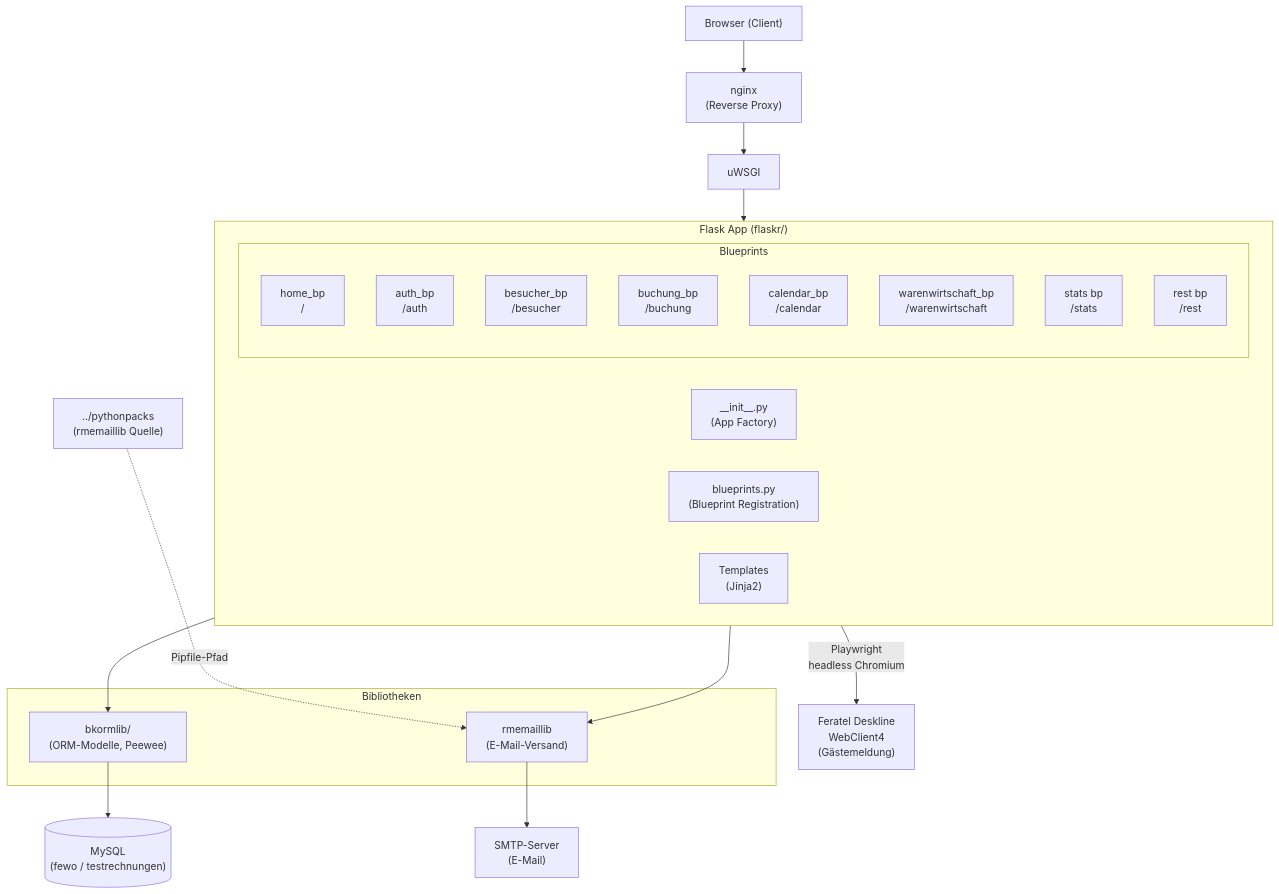
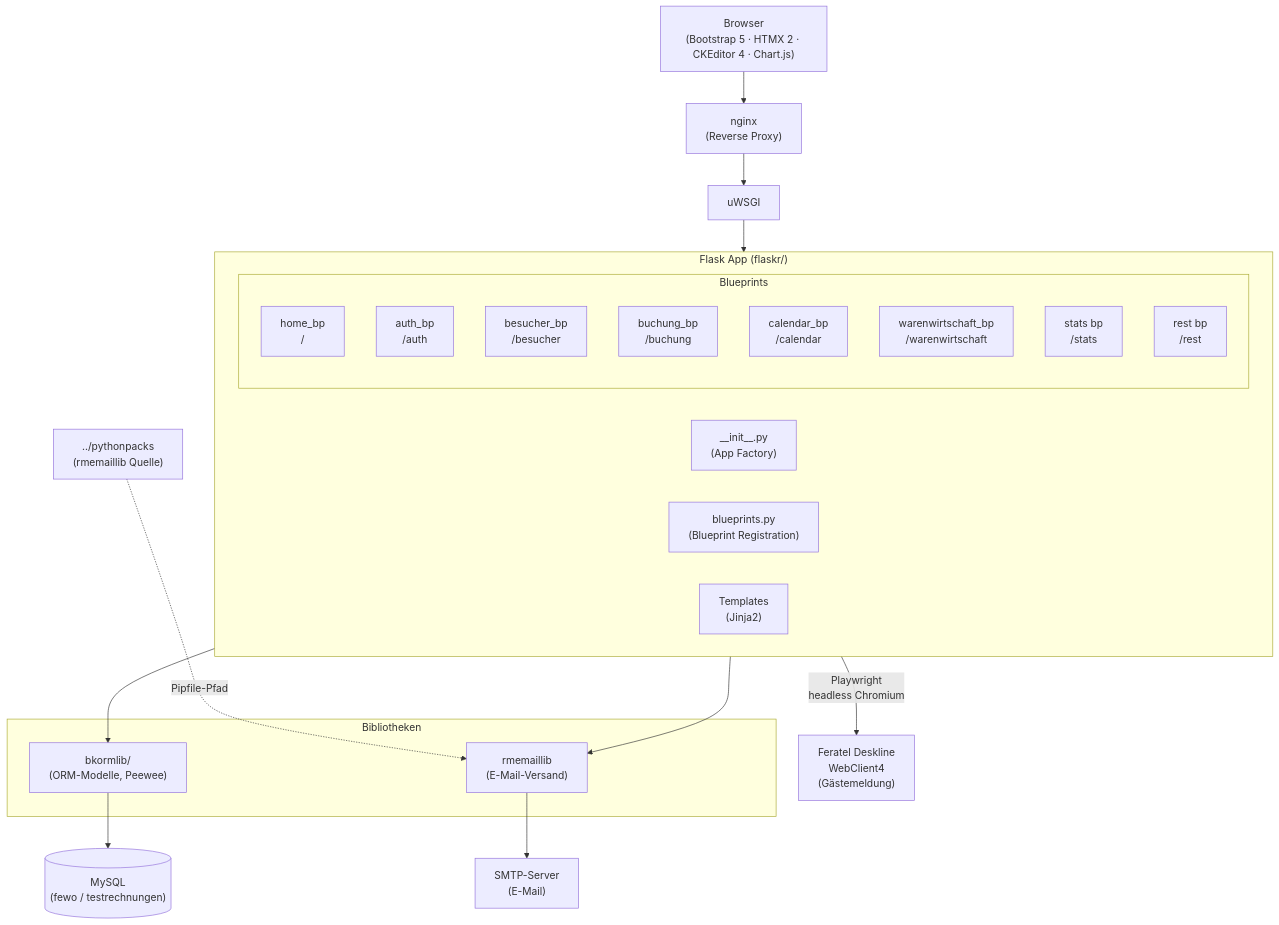
Before and after one commit to ralphmueller/fewo-calserver: the first of 2 diagrams in ARCHITEKTUR.md, drawn with Mermaid. The commit also changed other lines of this file and 2 other files, not shown here.

````diff
--- a/ARCHITEKTUR.md
+++ b/ARCHITEKTUR.md
@@ -5,40 +5,40 @@
 ```mermaid
 graph TB
-    Browser["Browser (Client)"]
+    Browser["Browser\n(Bootstrap 5 · HTMX 2 · CKEditor 4 · Chart.js)"]
     nginx["nginx\n(Reverse Proxy)"]
     uwsgi["uWSGI"]
 
     subgraph Flask["Flask App (flaskr/)"]
         init["__init__.py\n(App Factory)"]
         blueprints["blueprints.py\n(Blueprint Registration)"]
 
         subgraph Blueprints["Blueprints"]
             home["home_bp\n/"]
             auth["auth_bp\n/auth"]
             besucher["besucher_bp\n/besucher"]
             buchung["buchung_bp\n/buchung"]
             calendar["calendar_bp\n/calendar"]
             warenwirtschaft["warenwirtschaft_bp\n/warenwirtschaft"]
             stats["stats bp\n/stats"]
             rest["rest bp\n/rest"]
         end
 
         templates["Templates\n(Jinja2)"]
     end
 
     subgraph Libs["Bibliotheken"]
         bkormlib["bkormlib/\n(ORM-Modelle, Peewee)"]
         rmemaillib["rmemaillib\n(E-Mail-Versand)"]
     end
 
     MySQL[("MySQL\n(fewo / testrechnungen)")]
     SMTP["SMTP-Server\n(E-Mail)"]
     pythonpacks["../pythonpacks\n(rmemaillib Quelle)"]
     Feratel["Feratel Deskline\nWebClient4\n(Gästemeldung)"]
 
     Browser --> nginx --> uwsgi --> Flask
     Flask --> bkormlib --> MySQL
     Flask --> rmemaillib --> SMTP
     pythonpacks -.->|Pipfile-Pfad| rmemaillib
     Flask -->|Playwright\nheadless Chromium| Feratel
 ```
````
